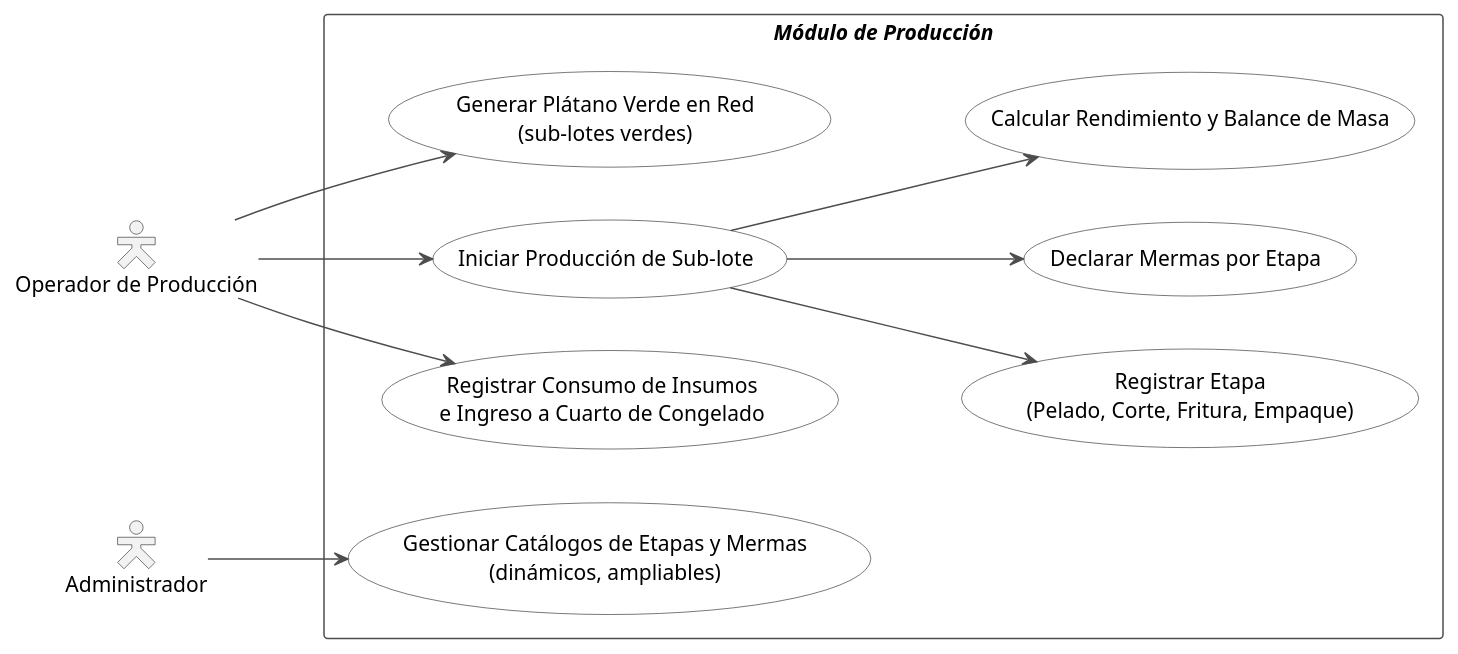
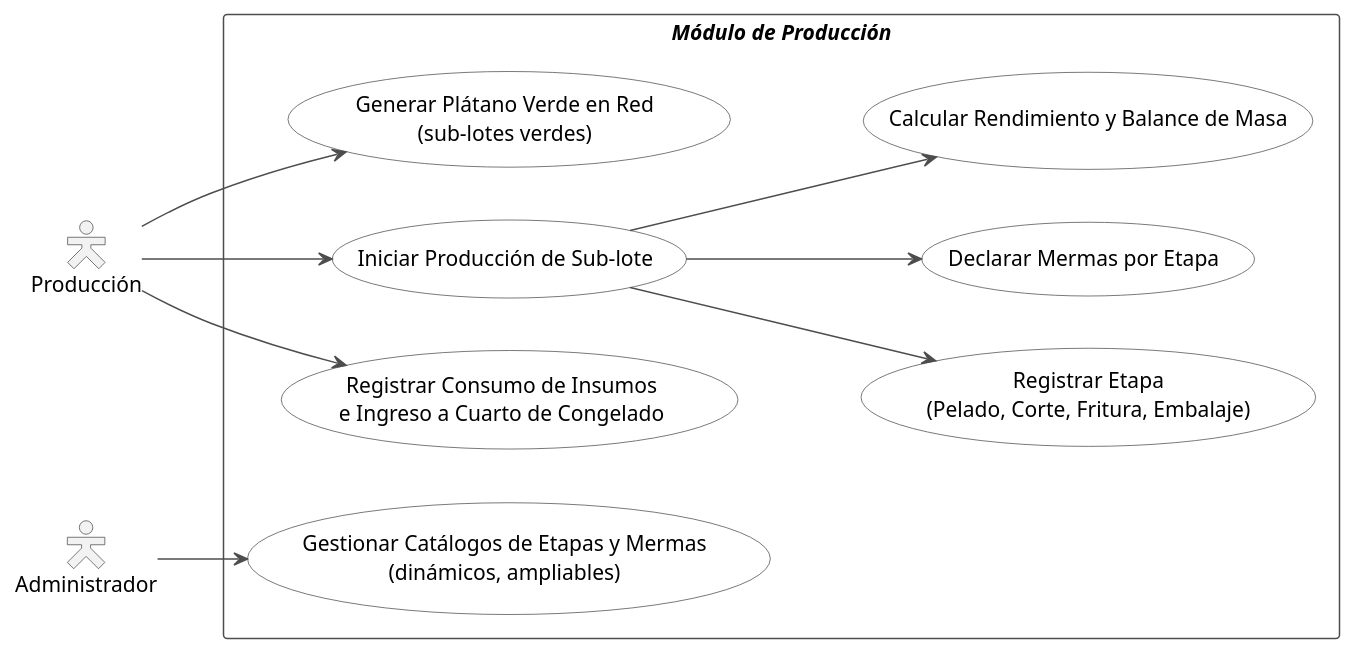
Before and after one commit to DecosUniversity/distri_yaneth_backend: the diagram in diagramas/iteraciones/iteracion3_casos_de_uso.puml, drawn with PlantUML. The commit also changed 27 other files, not shown here.

First line of the commit message:
docs: alinea los diagramas de la tesis con el sistema real

```diff
--- a/diagramas/iteraciones/iteracion3_casos_de_uso.puml
+++ b/diagramas/iteraciones/iteracion3_casos_de_uso.puml
@@ -1,42 +1,42 @@
 @startuml iteracion3_casos_de_uso
 ' Iteración 3 - Módulo de Producción (REQ003 / CU003)
 skinparam shadowing false
 skinparam packageStyle rectangle
 skinparam actorStyle hollow
 left to right direction
 skinparam actor {
   BorderColor #4D4D4D
   BackgroundColor #F2F2F2
 }
 skinparam usecase {
   BackgroundColor #FFFFFF
   BorderColor #4D4D4D
   ArrowColor #4D4D4D
 }
 skinparam rectangle {
   BorderColor #4D4D4D
   BackgroundColor #FFFFFF
 }
 
-actor "Operador de Producción" as Op
+actor "Producción" as Op
 actor "Administrador" as A
 
 rectangle "**//Módulo de Producción//**" {
   usecase "Iniciar Producción de Sub-lote" as UC_Ini
-  usecase "Registrar Etapa\n(Pelado, Corte, Fritura, Empaque)" as UC_Etapa
+  usecase "Registrar Etapa\n(Pelado, Corte, Fritura, Embalaje)" as UC_Etapa
   usecase "Declarar Mermas por Etapa" as UC_Merma
   usecase "Gestionar Catálogos de Etapas y Mermas\n(dinámicos, ampliables)" as UC_Cat
   usecase "Registrar Consumo de Insumos\ne Ingreso a Cuarto de Congelado" as UC_Insumos
   usecase "Calcular Rendimiento y Balance de Masa" as UC_Rend
   usecase "Generar Plátano Verde en Red\n(sub-lotes verdes)" as UC_Red
 }
 
 Op --> UC_Ini
 Op --> UC_Insumos
 Op --> UC_Red
 A --> UC_Cat
 UC_Ini --> UC_Etapa
 UC_Ini --> UC_Merma
 UC_Ini --> UC_Rend
 
 @enduml
```
